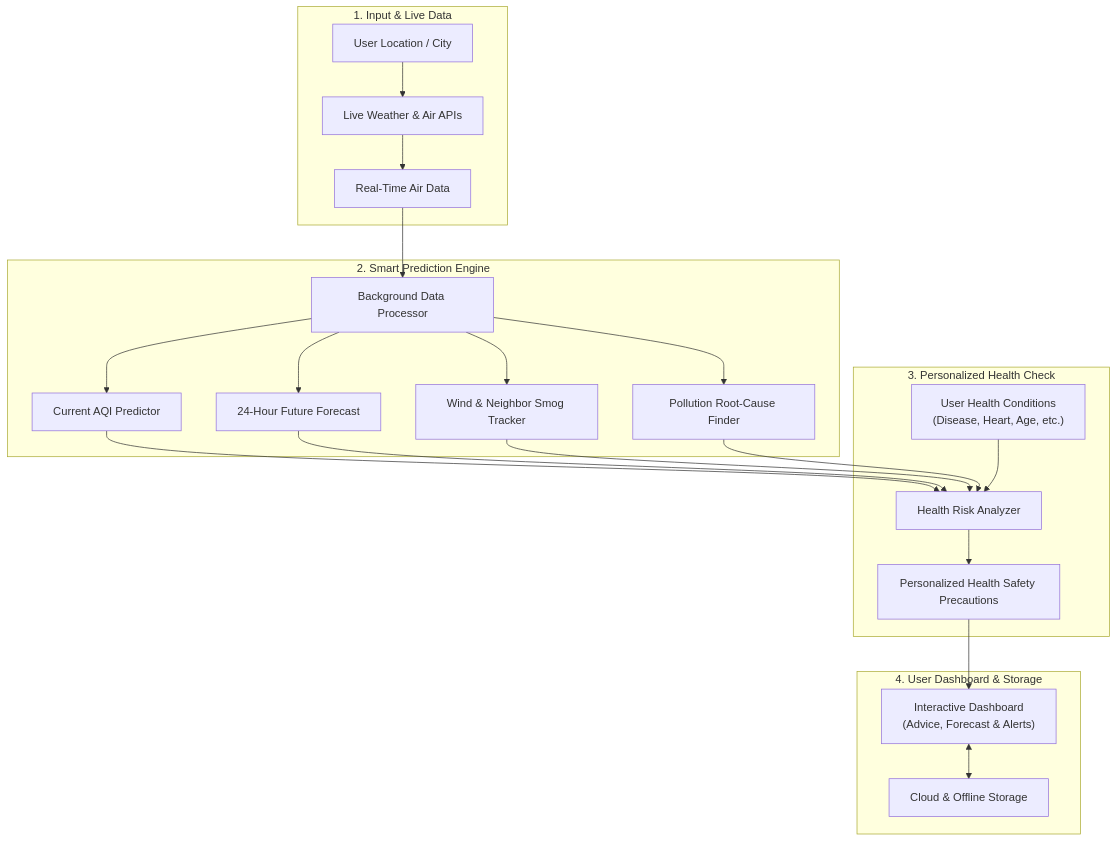
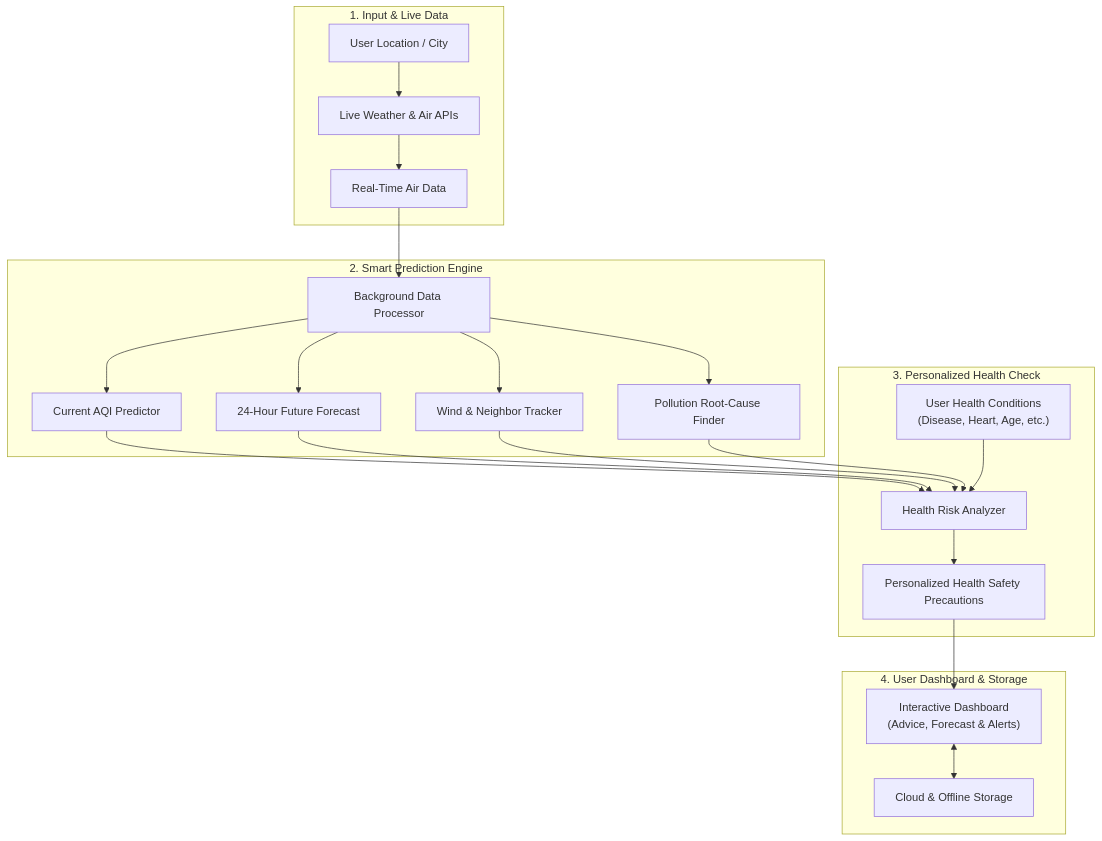
One commit to srirajpillai/AQI-Prediction changed the diagram in README.md. Above: the diagram before and after it, drawn with Mermaid.

Commit message:
Update tracker name in README.md

````diff
--- a/README.md
+++ b/README.md
@@ -55,30 +55,30 @@
 ```mermaid
 flowchart TD
     %% Step 1: Input & Data
     subgraph Step1 ["1. Input & Live Data"]
         A["User Location / City"] --> B["Live Weather & Air APIs"]
         B --> C["Real-Time Air Data"]
     end
 
     %% Step 2: Smart AI Engine
     subgraph Step2 ["2. Smart Prediction Engine"]
         C --> D["Background Data Processor"]
         D --> M1["Current AQI Predictor"]
         D --> M2["24-Hour Future Forecast"]
-        D --> M3["Wind & Neighbor Smog Tracker"]
+        D --> M3["Wind & Neighbor Tracker"]
         D --> M4["Pollution Root-Cause Finder"]
     end
 
     %% Step 3: Health Engine
     subgraph Step3 ["3. Personalized Health Check"]
         M1 & M2 & M3 & M4 --> H1["Health Risk Analyzer"]
         UserHealth["User Health Conditions<br/>(Disease, Heart, Age, etc.)"] --> H1
         H1 --> H2["Personalized Health Safety Precautions"]
     end
 
     %% Step 4: Dashboard & Storage
     subgraph Step4 ["4. User Dashboard & Storage"]
         H2 --> UI["Interactive Dashboard<br/>(Advice, Forecast & Alerts)"]
         UI <--> Storage["Cloud & Offline Storage"]
     end
 ```
````
